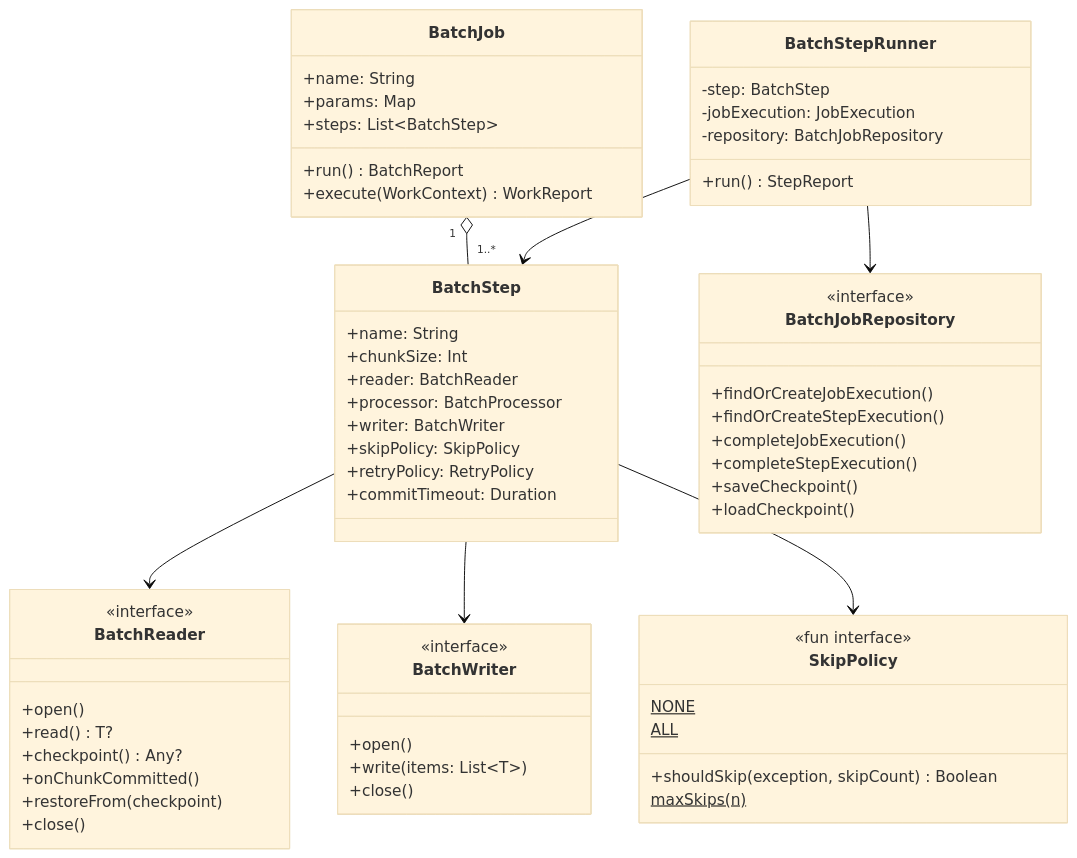
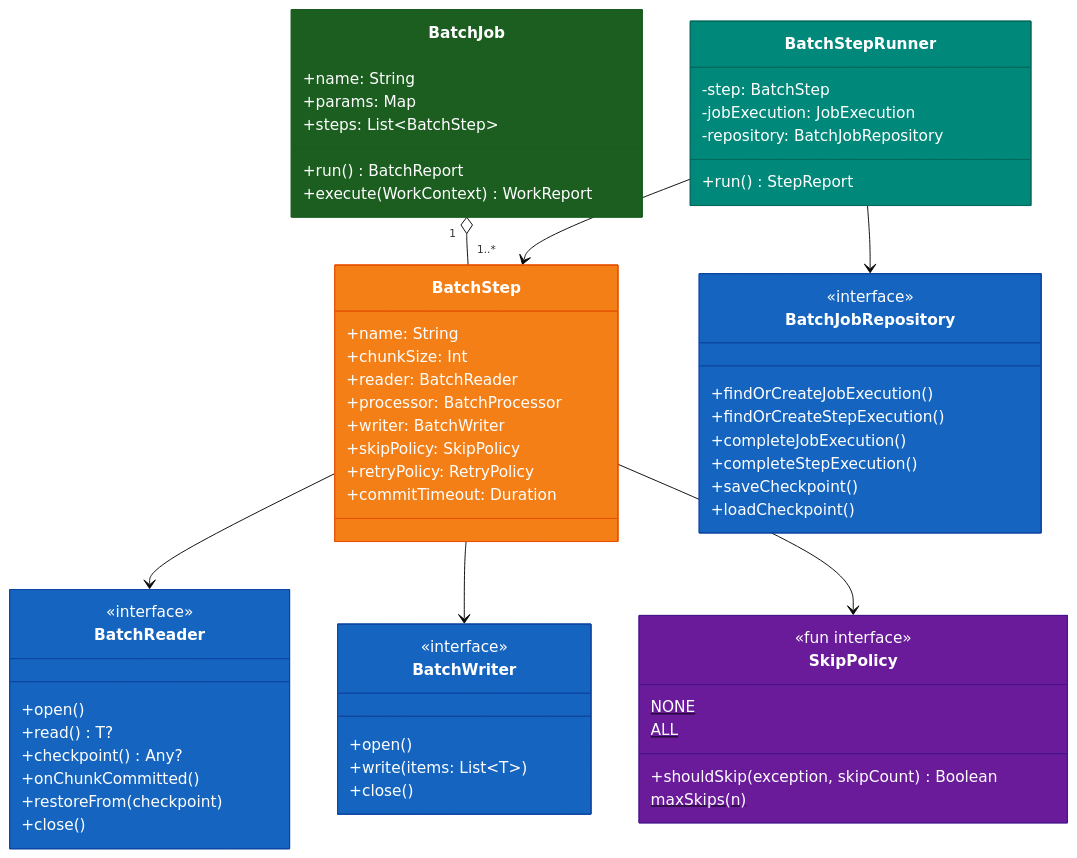
The first of 3 diagrams in utils/batch/README.md (bluetape4k/bluetape4k-projects), drawn with Mermaid (base theme) before and after one commit. The commit also changed other lines of this file and 221 other files, not shown here.

First line of the commit message:
docs: 전체 모듈 README UML 다이어그램 보강 및 색상 업그레이드

````diff
--- a/utils/batch/README.md
+++ b/utils/batch/README.md
@@ -9,70 +9,78 @@
 ```mermaid
 classDiagram
     class BatchJob {
         +name: String
         +params: Map
         +steps: List~BatchStep~
         +run() BatchReport
         +execute(WorkContext) WorkReport
     }
 
     class BatchStep {
         +name: String
         +chunkSize: Int
         +reader: BatchReader
         +processor: BatchProcessor
         +writer: BatchWriter
         +skipPolicy: SkipPolicy
         +retryPolicy: RetryPolicy
         +commitTimeout: Duration
     }
 
     class BatchStepRunner {
         -step: BatchStep
         -jobExecution: JobExecution
         -repository: BatchJobRepository
         +run() StepReport
     }
 
     class BatchJobRepository {
         <<interface>>
         +findOrCreateJobExecution()
         +findOrCreateStepExecution()
         +completeJobExecution()
         +completeStepExecution()
         +saveCheckpoint()
         +loadCheckpoint()
     }
 
     class BatchReader {
         <<interface>>
         +open()
         +read() T?
         +checkpoint() Any?
         +onChunkCommitted()
         +restoreFrom(checkpoint)
         +close()
     }
 
     class BatchWriter {
         <<interface>>
         +open()
         +write(items: List~T~)
         +close()
     }
 
     class SkipPolicy {
         <<fun interface>>
         +shouldSkip(exception, skipCount) Boolean
         NONE$
         ALL$
         maxSkips(n)$
     }
 
     BatchJob "1" o-- "1..*" BatchStep
     BatchStep --> BatchReader
     BatchStep --> BatchWriter
     BatchStep --> SkipPolicy
     BatchStepRunner --> BatchStep
     BatchStepRunner --> BatchJobRepository
+
+    style BatchJob fill:#1B5E20,stroke:#1B5E20,color:#FFFFFF
+    style BatchStep fill:#F57F17,stroke:#E65100,color:#FFFFFF
+    style BatchStepRunner fill:#00897B,stroke:#00695C,color:#FFFFFF
+    style BatchJobRepository fill:#1565C0,stroke:#0D47A1,color:#FFFFFF
+    style BatchReader fill:#1565C0,stroke:#0D47A1,color:#FFFFFF
+    style BatchWriter fill:#1565C0,stroke:#0D47A1,color:#FFFFFF
+    style SkipPolicy fill:#6A1B9A,stroke:#4A148C,color:#FFFFFF
 ```
````
